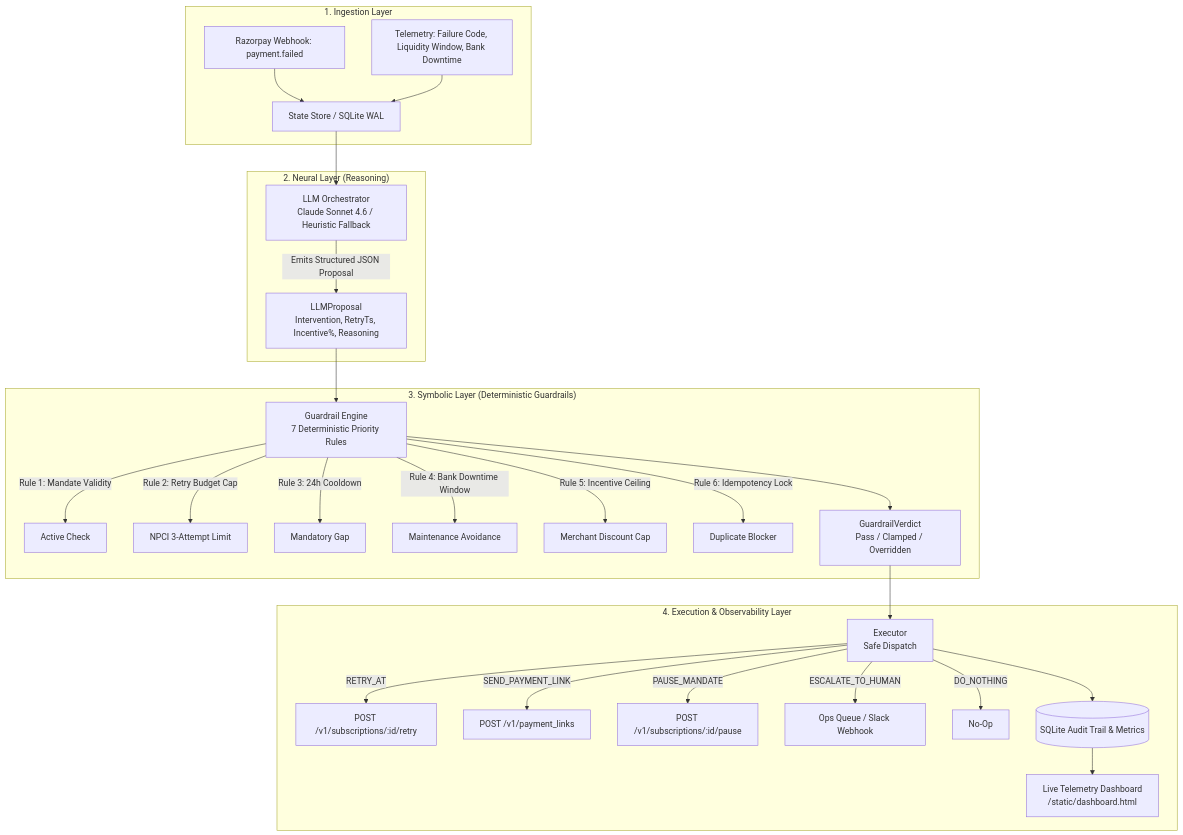
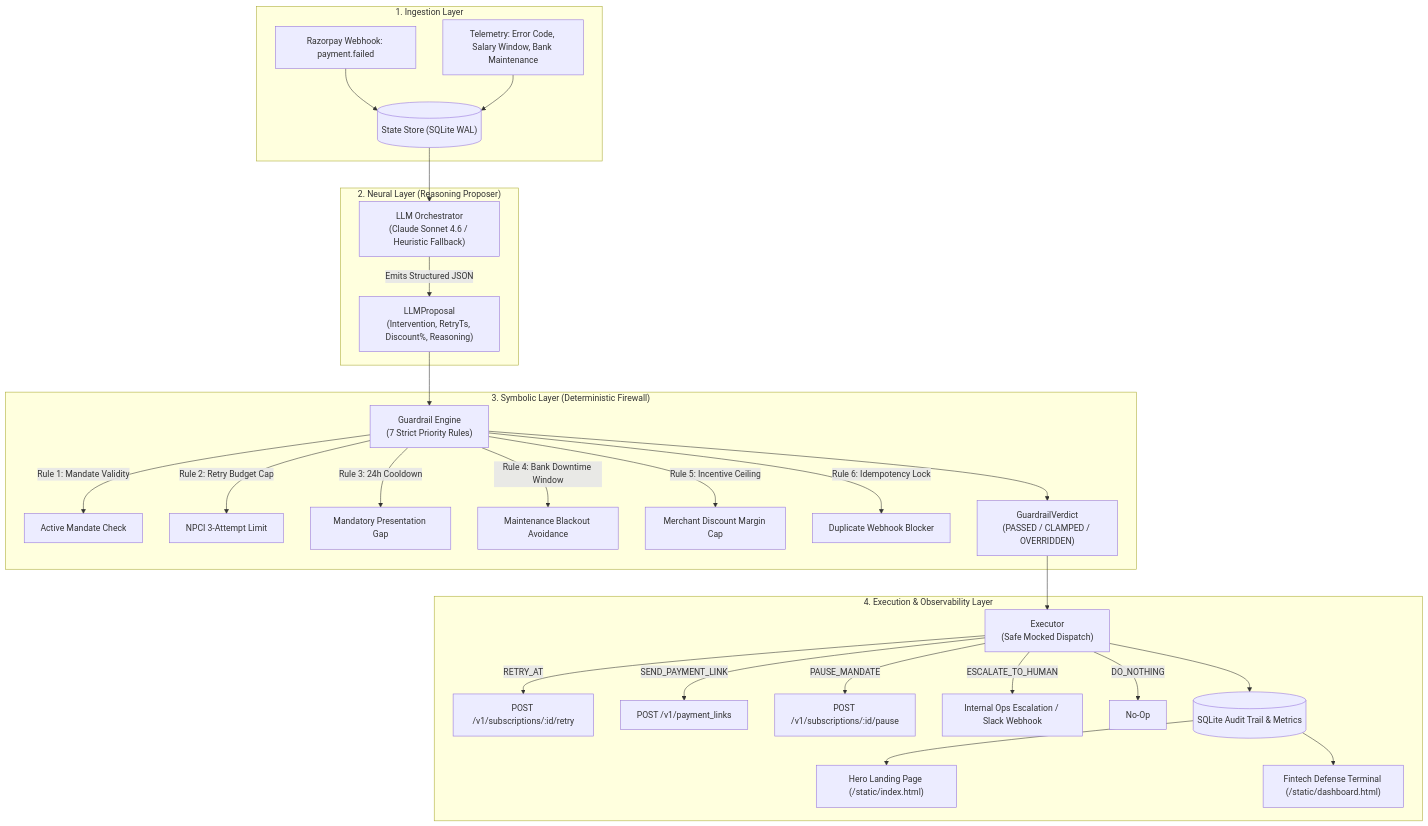
Before and after one commit to Awwad-007/TAHSIL: the diagram in README.md, drawn with Mermaid. The commit also changed other lines of this file, not shown here.

Commit message:
docs: elevate README with architecture diagrams, comparison matrix, and judge showcase

````diff
--- a/README.md
+++ b/README.md
@@ -21,34 +65,35 @@
 ```mermaid
 flowchart TD
     subgraph INGESTION ["1. Ingestion Layer"]
-        WH[Razorpay Webhook: payment.failed] --> S[State Store / SQLite WAL]
-        TEL[Telemetry: Failure Code, Liquidity Window, Bank Downtime] --> S
+        WH["Razorpay Webhook: payment.failed"] --> STORE[("State Store (SQLite WAL)")]
+        TEL["Telemetry: Error Code, Salary Window, Bank Maintenance"] --> STORE
     end
 
-    subgraph NEURAL ["2. Neural Layer (Reasoning)"]
-        S --> LLM[LLM Orchestrator<br/>Claude Sonnet 4.6 / Heuristic Fallback]
-        LLM -->|Emits Structured JSON Proposal| PROP[LLMProposal<br/>Intervention, RetryTs, Incentive%, Reasoning]
+    subgraph NEURAL ["2. Neural Layer (Reasoning Proposer)"]
+        STORE --> LLM["LLM Orchestrator<br/>(Claude Sonnet 4.6 / Heuristic Fallback)"]
+        LLM -->|Emits Structured JSON| PROP["LLMProposal<br/>(Intervention, RetryTs, Discount%, Reasoning)"]
     end
 
-    subgraph SYMBOLIC ["3. Symbolic Layer (Deterministic Guardrails)"]
-        PROP --> G[Guardrail Engine<br/>7 Deterministic Priority Rules]
-        G -->|Rule 1: Mandate Validity| V1[Active Check]
-        G -->|Rule 2: Retry Budget Cap| V2[NPCI 3-Attempt Limit]
-        G -->|Rule 3: 24h Cooldown| V3[Mandatory Gap]
-        G -->|Rule 4: Bank Downtime Window| V4[Maintenance Avoidance]
-        G -->|Rule 5: Incentive Ceiling| V5[Merchant Discount Cap]
-        G -->|Rule 6: Idempotency Lock| V6[Duplicate Blocker]
-        G --> VERDICT[GuardrailVerdict<br/>Pass / Clamped / Overridden]
+    subgraph SYMBOLIC ["3. Symbolic Layer (Deterministic Firewall)"]
+        PROP --> G["Guardrail Engine<br/>(7 Strict Priority Rules)"]
+        G -->|Rule 1: Mandate Validity| V1["Active Mandate Check"]
+        G -->|Rule 2: Retry Budget Cap| V2["NPCI 3-Attempt Limit"]
+        G -->|Rule 3: 24h Cooldown| V3["Mandatory Presentation Gap"]
+        G -->|Rule 4: Bank Downtime Window| V4["Maintenance Blackout Avoidance"]
+        G -->|Rule 5: Incentive Ceiling| V5["Merchant Discount Margin Cap"]
+        G -->|Rule 6: Idempotency Lock| V6["Duplicate Webhook Blocker"]
+        G --> VERD["GuardrailVerdict<br/>(PASSED / CLAMPED / OVERRIDDEN)"]
     end
 
     subgraph EXECUTION ["4. Execution & Observability Layer"]
-        VERDICT --> EX[Executor<br/>Safe Dispatch]
-        EX -->|RETRY_AT| RZP1[POST /v1/subscriptions/:id/retry]
-        EX -->|SEND_PAYMENT_LINK| RZP2[POST /v1/payment_links]
-        EX -->|PAUSE_MANDATE| RZP3[POST /v1/subscriptions/:id/pause]
-        EX -->|ESCALATE_TO_HUMAN| OPS[Ops Queue / Slack Webhook]
-        EX -->|DO_NOTHING| NOOP[No-Op]
-        EX --> DB[(SQLite Audit Trail & Metrics)]
-        DB --> DASH[Live Telemetry Dashboard<br/>/static/dashboard.html]
+        VERD --> EX["Executor<br/>(Safe Mocked Dispatch)"]
+        EX -->|RETRY_AT| RZP1["POST /v1/subscriptions/:id/retry"]
+        EX -->|SEND_PAYMENT_LINK| RZP2["POST /v1/payment_links"]
+        EX -->|PAUSE_MANDATE| RZP3["POST /v1/subscriptions/:id/pause"]
+        EX -->|ESCALATE_TO_HUMAN| OPS["Internal Ops Escalation / Slack Webhook"]
+        EX -->|DO_NOTHING| NOOP["No-Op"]
+        EX --> AUDIT[("SQLite Audit Trail & Metrics")]
+        AUDIT --> UI1["Hero Landing Page (/static/index.html)"]
+        AUDIT --> UI2["Fintech Defense Terminal (/static/dashboard.html)"]
     end
 ```
````
